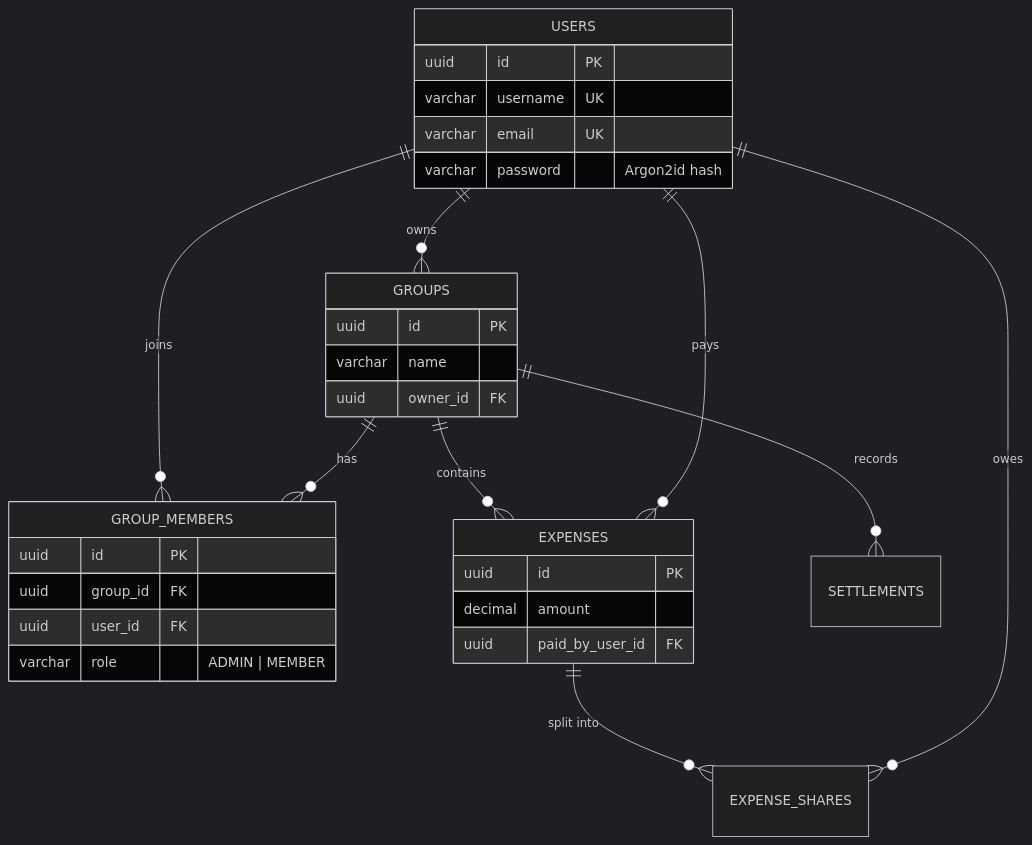
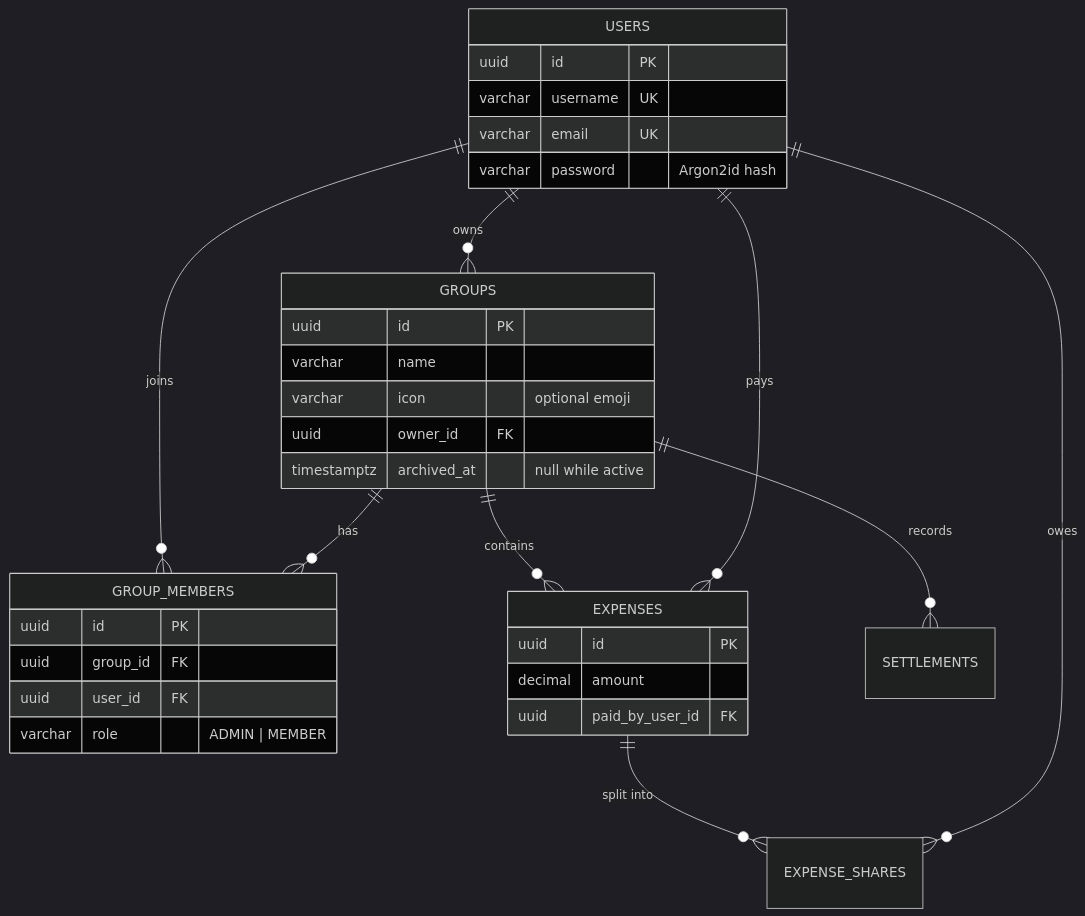
The second of 2 diagrams in README.md (cris-sh/cuadremos), drawn with Mermaid (dark theme) before and after one commit. The commit also changed other lines of this file and 1 other file, not shown here.

````diff
--- a/README.md
+++ b/README.md
@@ -73,34 +75,36 @@
 ```mermaid
 erDiagram
     USERS ||--o{ GROUP_MEMBERS : joins
     GROUPS ||--o{ GROUP_MEMBERS : has
     USERS ||--o{ GROUPS : owns
     GROUPS ||--o{ EXPENSES : contains
     USERS ||--o{ EXPENSES : pays
     EXPENSES ||--o{ EXPENSE_SHARES : "split into"
     USERS ||--o{ EXPENSE_SHARES : owes
     GROUPS ||--o{ SETTLEMENTS : records
 
     USERS {
         uuid id PK
         varchar username UK
         varchar email UK
         varchar password "Argon2id hash"
     }
     GROUPS {
         uuid id PK
         varchar name
+        varchar icon "optional emoji"
         uuid owner_id FK
+        timestamptz archived_at "null while active"
     }
     GROUP_MEMBERS {
         uuid id PK
         uuid group_id FK
         uuid user_id FK
         varchar role "ADMIN | MEMBER"
     }
     EXPENSES {
         uuid id PK
         decimal amount
         uuid paid_by_user_id FK
     }
 ```
````
